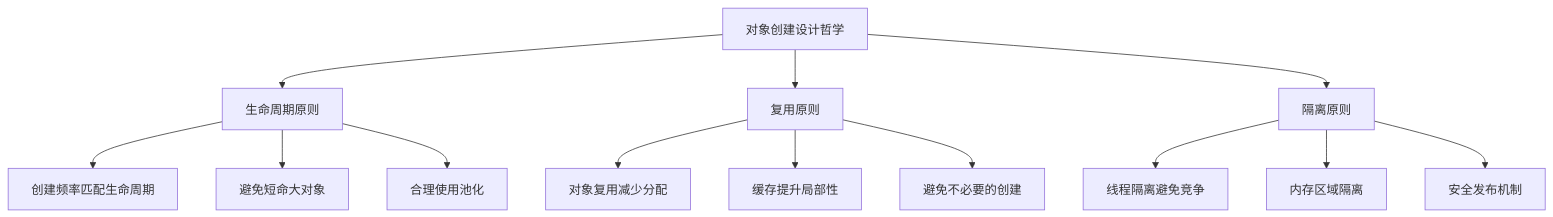
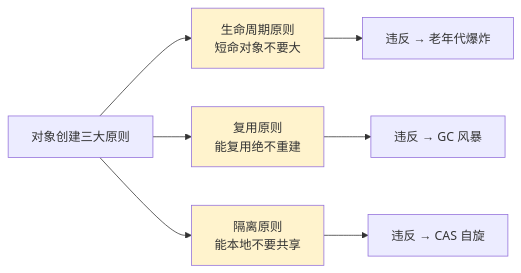
The third of 25 diagrams in 00.通用技术的提升/02.程序编程原理/08.对象创建流程原理.md (chongyang211/YCBookBlog), drawn with Mermaid before and after one commit. The commit also changed other lines of this file and 4 other files, not shown here.

````diff
--- a/00.通用技术的提升/02.程序编程原理/08.对象创建流程原理.md
+++ b/00.通用技术的提升/02.程序编程原理/08.对象创建流程原理.md
@@ -197,18 +314,14 @@
 ```mermaid
-flowchart TD
-    A[对象创建设计哲学] --> B[生命周期原则]
-    A --> C[复用原则]
-    A --> D[隔离原则]
+flowchart LR
+    A[对象创建三大原则] --> B[生命周期原则<br/>短命对象不要大]
+    A --> C[复用原则<br/>能复用绝不重建]
+    A --> D[隔离原则<br/>能本地不要共享]
     
-    B --> B1[创建频率匹配生命周期]
-    B --> B2[避免短命大对象]
-    B --> B3[合理使用池化]
+    B --> B1[违反 → 老年代爆炸]
+    C --> C1[违反 → GC 风暴]
+    D --> D1[违反 → CAS 自旋]
     
-    C --> C1[对象复用减少分配]
-    C --> C2[缓存提升局部性]
-    C --> C3[避免不必要的创建]
-    
-    D --> D1[线程隔离避免竞争]
-    D --> D2[内存区域隔离]
-    D --> D3[安全发布机制]
+    style B fill:#fff3cd
+    style C fill:#fff3cd
+    style D fill:#fff3cd
 ```
````
